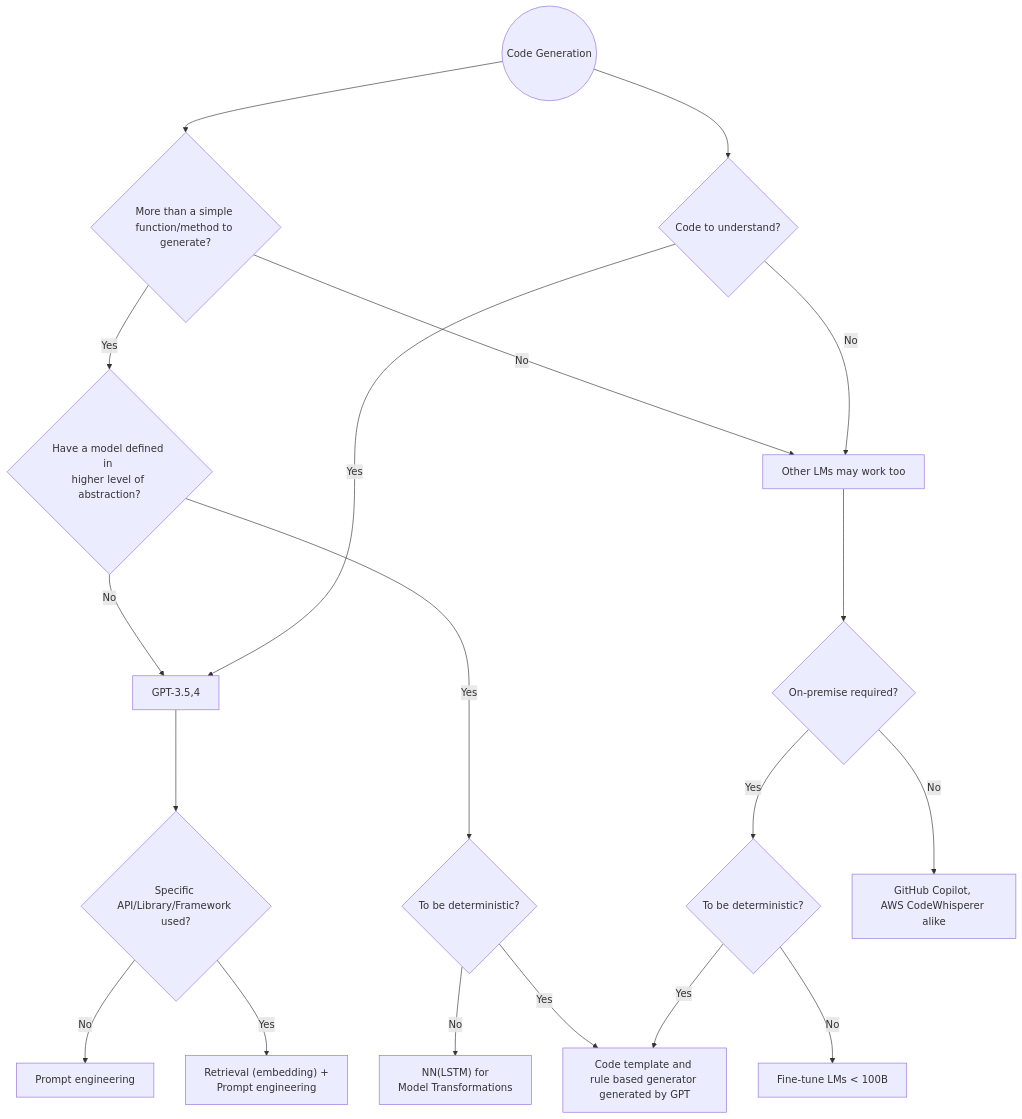
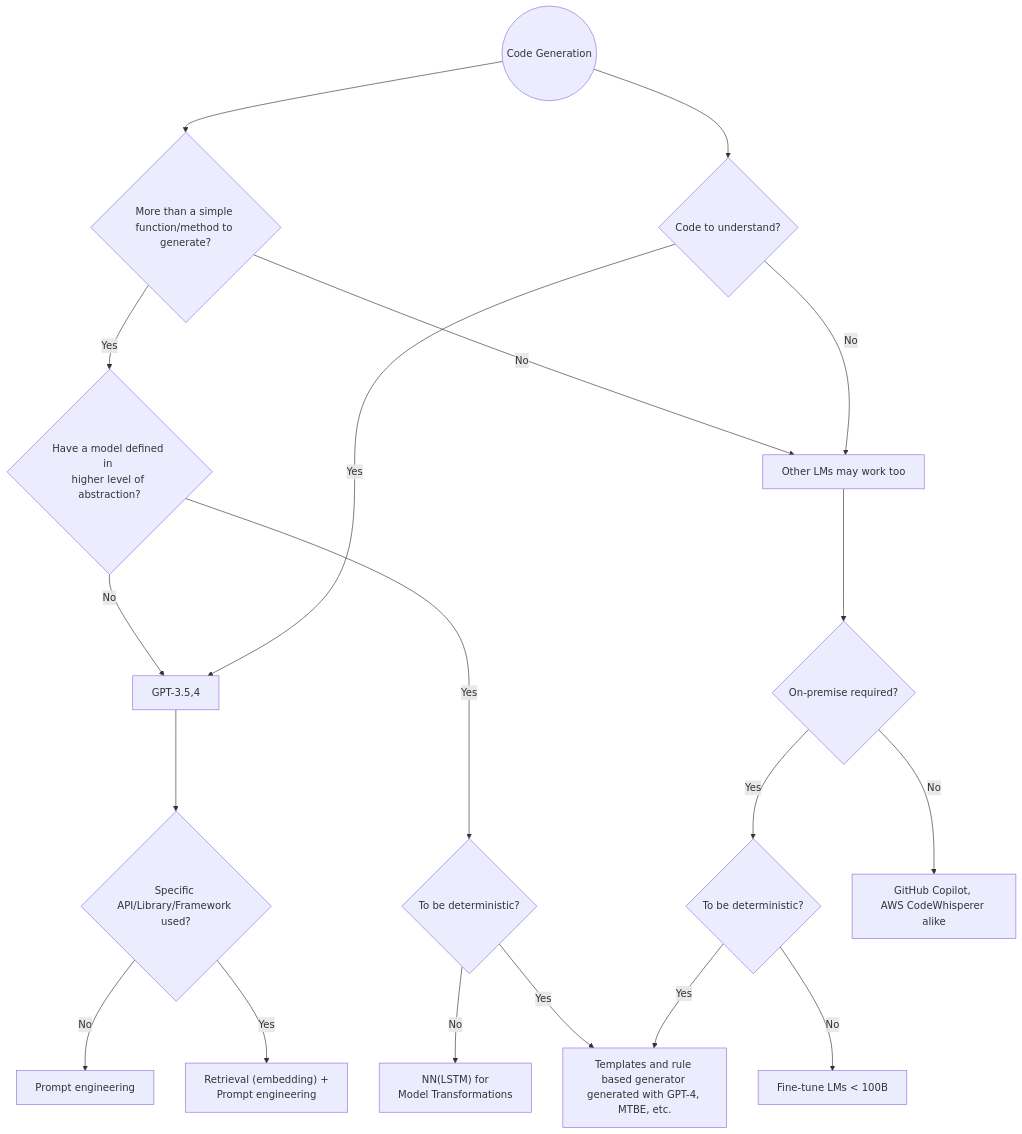
Before and after one commit to AI-LLM/ai-llm.github.io: the diagram in Code-LLM-alternatives.md, drawn with Mermaid.

````diff
--- a/Code-LLM-alternatives.md
+++ b/Code-LLM-alternatives.md
@@ -612,21 +612,21 @@
 ```mermaid
 graph TD;
     S((Code Generation))-->Q1{"More than a simple \nfunction/method to generate?"};
     S-->Q2{Code to understand?};
     Q1 -- Yes --> Q1a{"Have a model defined in \nhigher level of abstraction?"}
     Q1a -- No --> P1[GPT-3.5,4];
     Q1a -- Yes --> Q1b{To be deterministic?} 
     Q1b -- No --> P12["NN(LSTM) for \nModel Transformations"]
     Q1b -- Yes --> P21
     Q1 -- No -->P2[Other LMs may work too];
     Q2 -- Yes -->P1[GPT-3.5,4];
     Q2 -- No -->P2;
     P1 --> Q3{"Specific \nAPI/Library/Framework used?"};
     Q3 -- No -->P10[Prompt engineering];
     Q3 -- Yes -->P11["Retrieval (embedding) + \nPrompt engineering"];
     P2 --> Q4{On-premise required?};
     Q4 -- Yes --> Q5{To be deterministic?};
     Q4 -- No --> P23["GitHub Copilot, \nAWS CodeWhisperer alike"]
-    Q5 -- Yes --> P21["Code template and \nrule based generator generated by GPT"]
+    Q5 -- Yes --> P21["Templates and rule based generator \ngenerated with GPT-4, MTBE, etc."]
     Q5 -- No --> P22[Fine-tune LMs < 100B]
 ```
````
